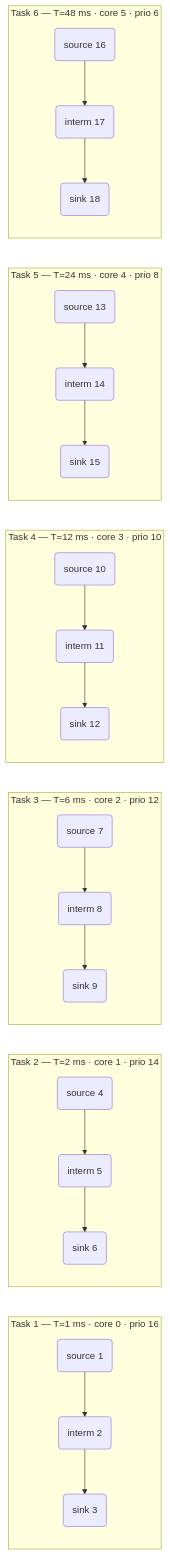
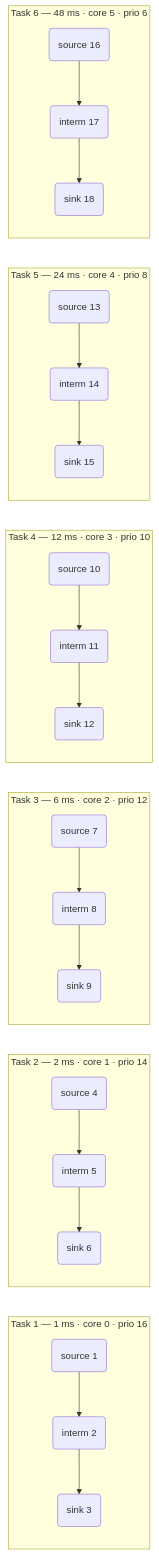
The fourth of 11 diagrams in docs/architecture.md (Tassany/Real-time-middleware), drawn with Mermaid before and after one commit. The commit also changed other lines of this file and 6 other files, not shown here.

````diff
--- a/docs/architecture.md
+++ b/docs/architecture.md
@@ -212,21 +164,21 @@
 ```mermaid
 graph LR
-    subgraph T1["Task 1 — T=1 ms · core 0 · prio 16"]
+    subgraph T1["Task 1 — 1 ms · core 0 · prio 16"]
         S1(source 1) --> I2(interm 2) --> K3(sink 3)
     end
-    subgraph T2["Task 2 — T=2 ms · core 1 · prio 14"]
+    subgraph T2["Task 2 — 2 ms · core 1 · prio 14"]
         S4(source 4) --> I5(interm 5) --> K6(sink 6)
     end
-    subgraph T3["Task 3 — T=6 ms · core 2 · prio 12"]
+    subgraph T3["Task 3 — 6 ms · core 2 · prio 12"]
         S7(source 7) --> I8(interm 8) --> K9(sink 9)
     end
-    subgraph T4["Task 4 — T=12 ms · core 3 · prio 10"]
+    subgraph T4["Task 4 — 12 ms · core 3 · prio 10"]
         S10(source 10) --> I11(interm 11) --> K12(sink 12)
     end
-    subgraph T5["Task 5 — T=24 ms · core 4 · prio 8"]
+    subgraph T5["Task 5 — 24 ms · core 4 · prio 8"]
         S13(source 13) --> I14(interm 14) --> K15(sink 15)
     end
-    subgraph T6["Task 6 — T=48 ms · core 5 · prio 6"]
+    subgraph T6["Task 6 — 48 ms · core 5 · prio 6"]
         S16(source 16) --> I17(interm 17) --> K18(sink 18)
     end
 ```
````
